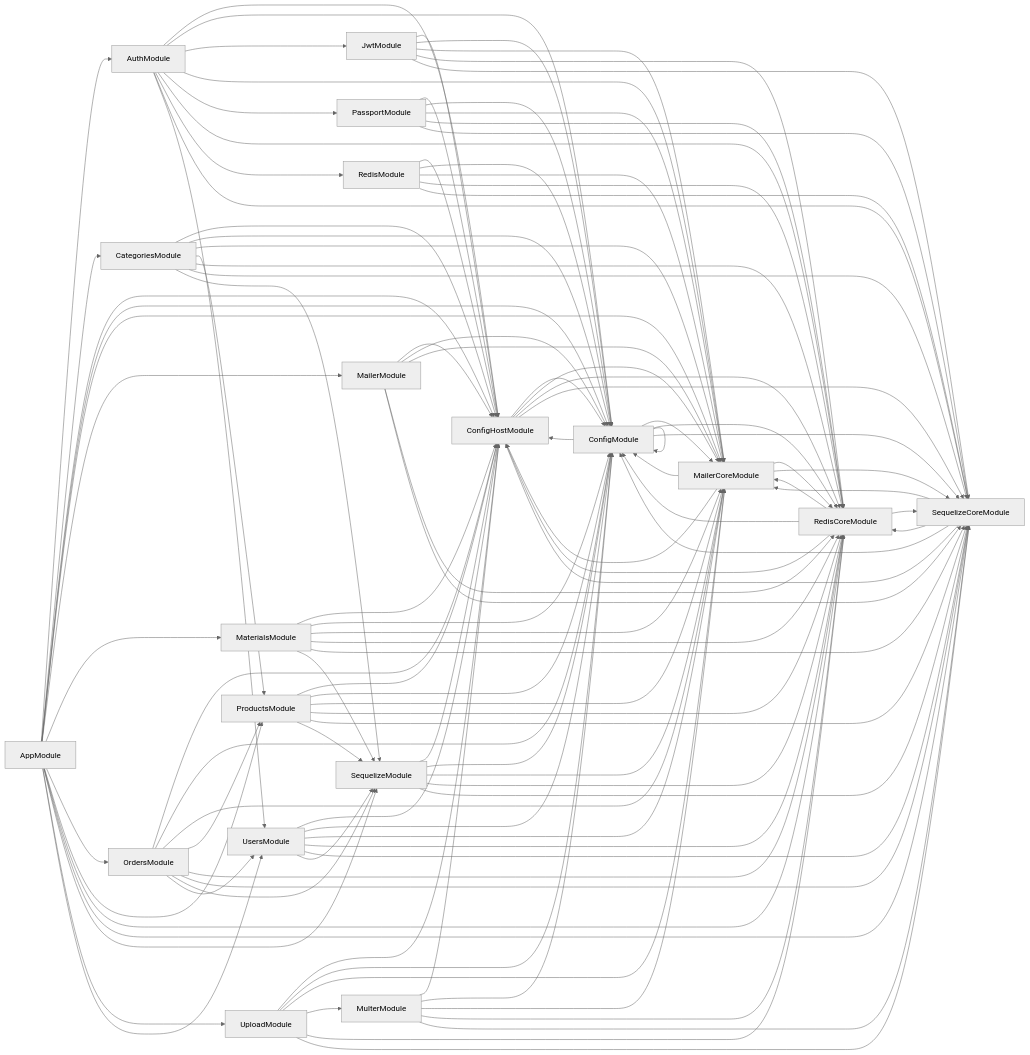
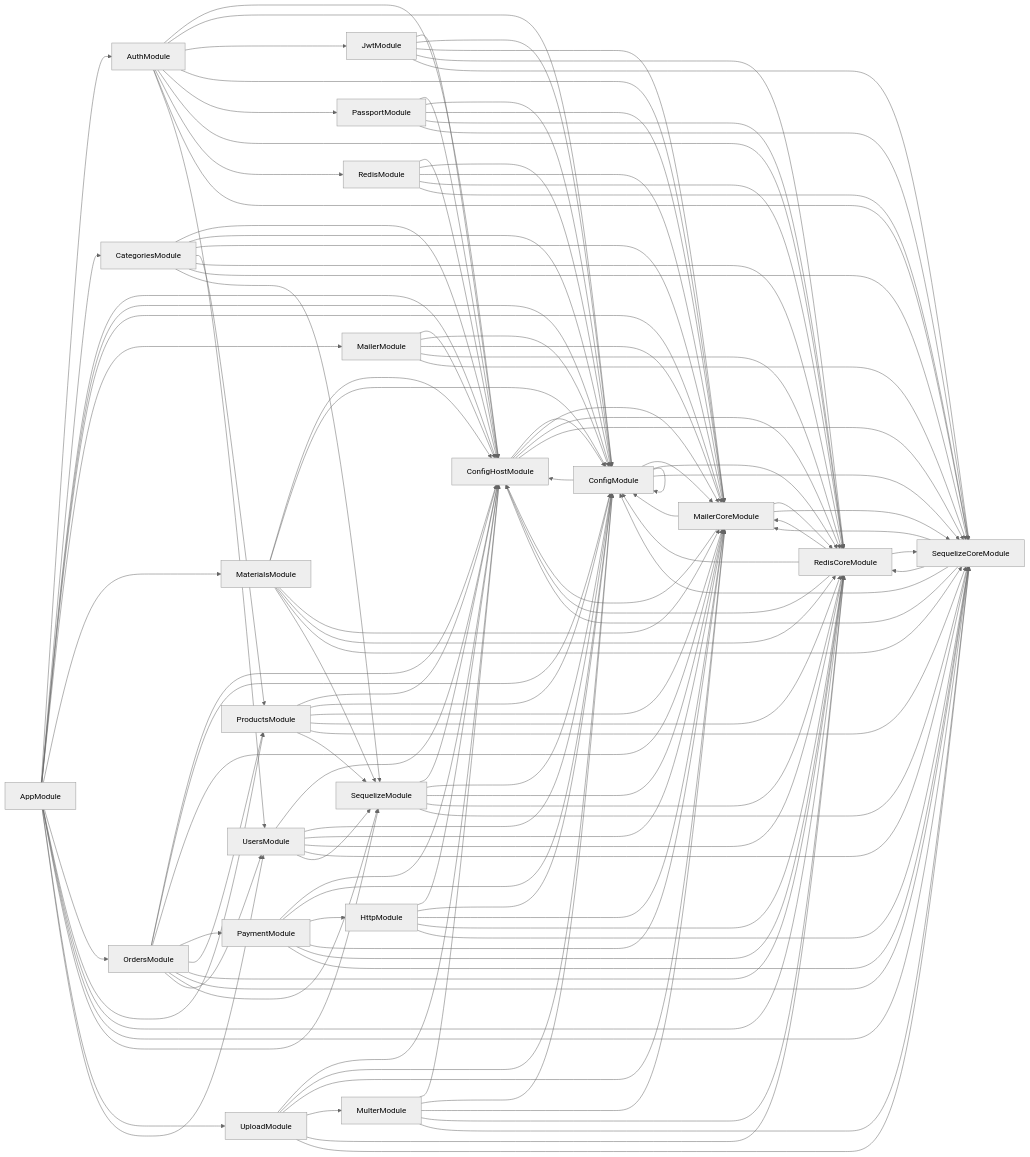
The diagram in deps.mermaid (csc13001-kafi/csc13001-kafi-server), drawn with Mermaid (neutral theme) before and after one commit. The commit also changed 11 other files, not shown here.

```diff
--- a/deps.mermaid
+++ b/deps.mermaid
@@ -1,114 +1,126 @@
 graph LR
     AppModule-->AuthModule
   AppModule-->CategoriesModule
   AppModule-->ConfigHostModule
   AppModule-->ConfigModule
   AppModule-->MailerCoreModule
   AppModule-->MailerModule
   AppModule-->MaterialsModule
   AppModule-->OrdersModule
   AppModule-->ProductsModule
   AppModule-->RedisCoreModule
   AppModule-->SequelizeCoreModule
   AppModule-->SequelizeModule
   AppModule-->UploadModule
   AppModule-->UsersModule
   AuthModule-->ConfigHostModule
   AuthModule-->ConfigModule
   AuthModule-->JwtModule
   AuthModule-->MailerCoreModule
   AuthModule-->PassportModule
   AuthModule-->RedisCoreModule
   AuthModule-->RedisModule
   AuthModule-->SequelizeCoreModule
   AuthModule-->UsersModule
   CategoriesModule-->ConfigHostModule
   CategoriesModule-->ConfigModule
   CategoriesModule-->MailerCoreModule
   CategoriesModule-->ProductsModule
   CategoriesModule-->RedisCoreModule
   CategoriesModule-->SequelizeCoreModule
   CategoriesModule-->SequelizeModule
   ConfigHostModule-->ConfigModule
   ConfigHostModule-->MailerCoreModule
   ConfigHostModule-->RedisCoreModule
   ConfigHostModule-->SequelizeCoreModule
   ConfigModule-->ConfigHostModule
   ConfigModule-->ConfigModule
   ConfigModule-->MailerCoreModule
   ConfigModule-->RedisCoreModule
   ConfigModule-->SequelizeCoreModule
+  HttpModule-->ConfigHostModule
+  HttpModule-->ConfigModule
+  HttpModule-->MailerCoreModule
+  HttpModule-->RedisCoreModule
+  HttpModule-->SequelizeCoreModule
   JwtModule-->ConfigHostModule
   JwtModule-->ConfigModule
   JwtModule-->MailerCoreModule
   JwtModule-->RedisCoreModule
   JwtModule-->SequelizeCoreModule
   MailerCoreModule-->ConfigHostModule
   MailerCoreModule-->ConfigModule
   MailerCoreModule-->RedisCoreModule
   MailerCoreModule-->SequelizeCoreModule
   MailerModule-->ConfigHostModule
   MailerModule-->ConfigModule
   MailerModule-->MailerCoreModule
   MailerModule-->RedisCoreModule
   MailerModule-->SequelizeCoreModule
   MaterialsModule-->ConfigHostModule
   MaterialsModule-->ConfigModule
   MaterialsModule-->MailerCoreModule
   MaterialsModule-->RedisCoreModule
   MaterialsModule-->SequelizeCoreModule
   MaterialsModule-->SequelizeModule
   MulterModule-->ConfigHostModule
   MulterModule-->ConfigModule
   MulterModule-->MailerCoreModule
   MulterModule-->RedisCoreModule
   MulterModule-->SequelizeCoreModule
   OrdersModule-->ConfigHostModule
   OrdersModule-->ConfigModule
   OrdersModule-->MailerCoreModule
+  OrdersModule-->PaymentModule
   OrdersModule-->ProductsModule
   OrdersModule-->RedisCoreModule
   OrdersModule-->SequelizeCoreModule
   OrdersModule-->SequelizeModule
   OrdersModule-->UsersModule
   PassportModule-->ConfigHostModule
   PassportModule-->ConfigModule
   PassportModule-->MailerCoreModule
   PassportModule-->RedisCoreModule
   PassportModule-->SequelizeCoreModule
+  PaymentModule-->ConfigHostModule
+  PaymentModule-->ConfigModule
+  PaymentModule-->HttpModule
+  PaymentModule-->MailerCoreModule
+  PaymentModule-->RedisCoreModule
+  PaymentModule-->SequelizeCoreModule
   ProductsModule-->ConfigHostModule
   ProductsModule-->ConfigModule
   ProductsModule-->MailerCoreModule
   ProductsModule-->RedisCoreModule
   ProductsModule-->SequelizeCoreModule
   ProductsModule-->SequelizeModule
   RedisCoreModule-->ConfigHostModule
   RedisCoreModule-->ConfigModule
   RedisCoreModule-->MailerCoreModule
   RedisCoreModule-->SequelizeCoreModule
   RedisModule-->ConfigHostModule
   RedisModule-->ConfigModule
   RedisModule-->MailerCoreModule
   RedisModule-->RedisCoreModule
   RedisModule-->SequelizeCoreModule
   SequelizeCoreModule-->ConfigHostModule
   SequelizeCoreModule-->ConfigModule
   SequelizeCoreModule-->MailerCoreModule
   SequelizeCoreModule-->RedisCoreModule
   SequelizeModule-->ConfigHostModule
   SequelizeModule-->ConfigModule
   SequelizeModule-->MailerCoreModule
   SequelizeModule-->RedisCoreModule
   SequelizeModule-->SequelizeCoreModule
   UploadModule-->ConfigHostModule
   UploadModule-->ConfigModule
   UploadModule-->MailerCoreModule
   UploadModule-->MulterModule
   UploadModule-->RedisCoreModule
   UploadModule-->SequelizeCoreModule
   UsersModule-->ConfigHostModule
   UsersModule-->ConfigModule
   UsersModule-->MailerCoreModule
   UsersModule-->RedisCoreModule
   UsersModule-->SequelizeCoreModule
   UsersModule-->SequelizeModule
```
